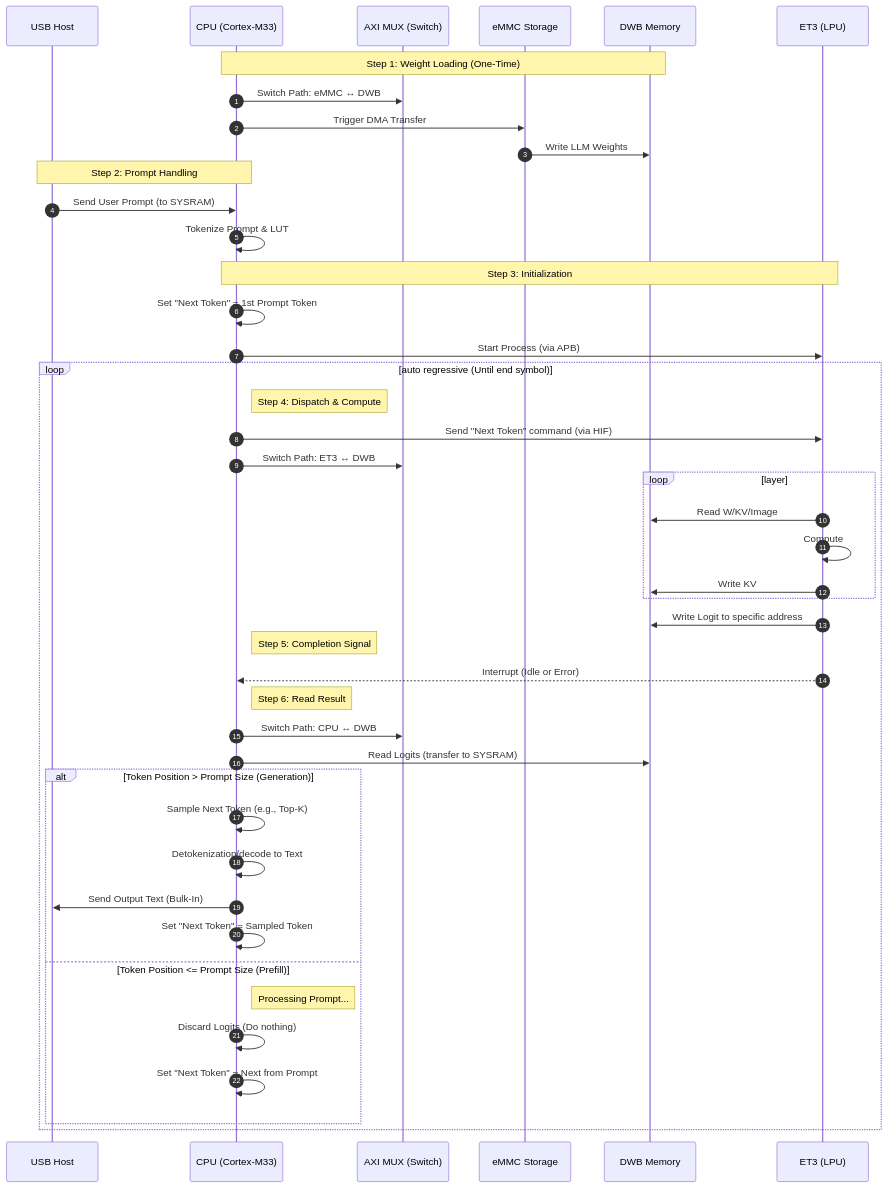
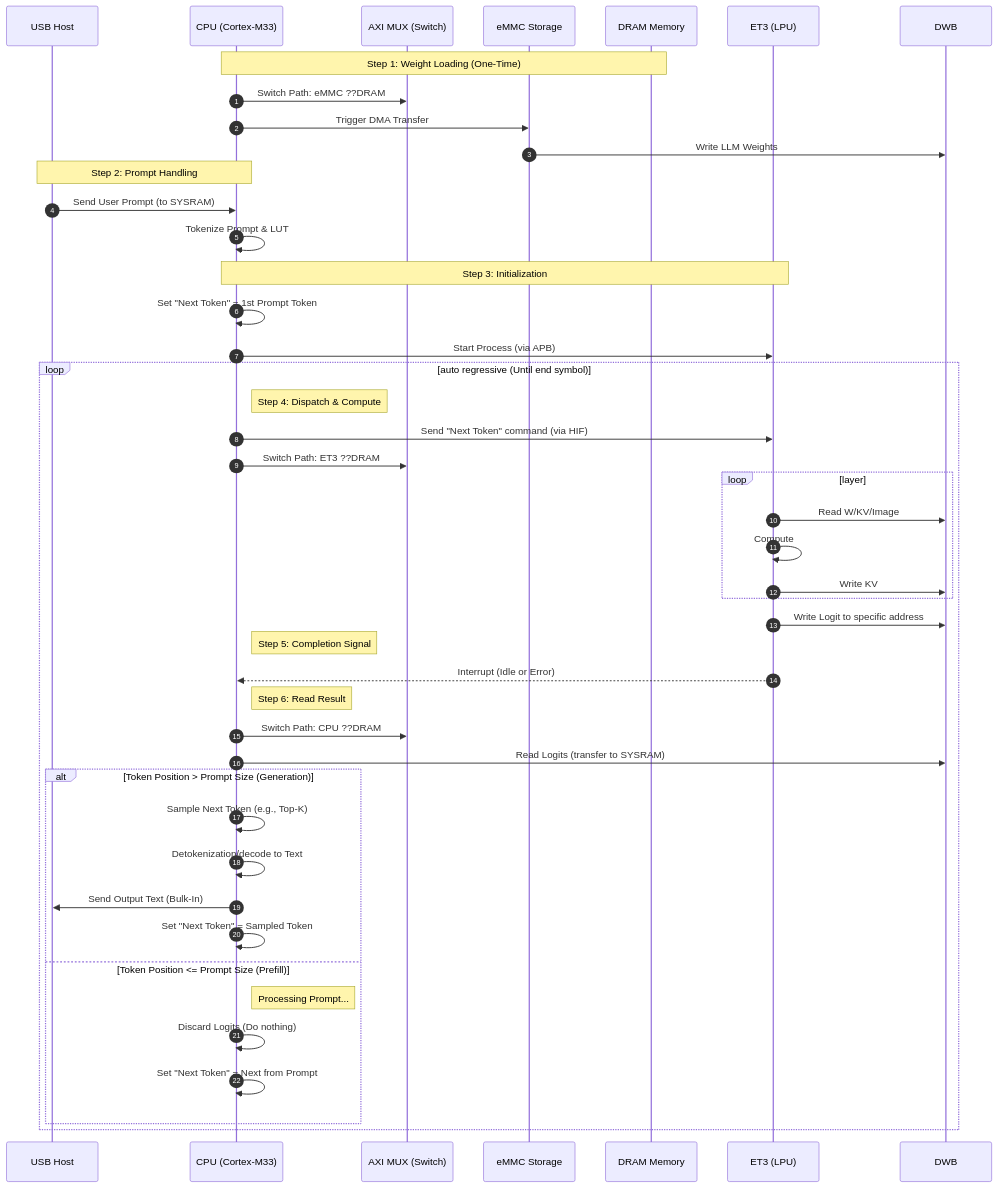
One commit to lcf0929/Test changed the first of 4 diagrams in HUN_0503_Inference.md. Above: the diagram before and after it, drawn with Mermaid. The commit also changed other lines of this file, not shown here.

````diff
--- a/HUN_0503_Inference.md
+++ b/HUN_0503_Inference.md
@@ -3,52 +3,52 @@
 ```mermaid Text-to-Text Single Model
 sequenceDiagram
     autonumber
     participant USB as USB Host
     participant CPU as CPU (Cortex-M33)
     participant MUX as AXI MUX (Switch)
     participant eMMC as eMMC Storage
-    participant DWB as DWB Memory
+    participant DRAM as DRAM Memory
     participant ET3 as ET3 (LPU)
 
-    note over CPU, DWB: Step 1: Weight Loading (One-Time)
-    CPU->>MUX: Switch Path: eMMC ↔ DWB
+    note over CPU, DRAM: Step 1: Weight Loading (One-Time)
+    CPU->>MUX: Switch Path: eMMC ??DRAM
     CPU->>eMMC: Trigger DMA Transfer
     eMMC->>DWB: Write LLM Weights 
     
     note over USB, CPU: Step 2: Prompt Handling
     USB->>CPU: Send User Prompt (to SYSRAM)
     CPU->>CPU: Tokenize Prompt & LUT
     
     note over CPU, ET3: Step 3: Initialization
     CPU->>CPU: Set "Next Token" = 1st Prompt Token
     CPU->>ET3:  Start Process (via APB)
     loop auto regressive (Until end symbol)
         note right of CPU: Step 4: Dispatch & Compute
         CPU->>ET3: Send "Next Token" command (via HIF)
-        CPU->>MUX: Switch Path: ET3 ↔ DWB
+        CPU->>MUX: Switch Path: ET3 ??DRAM
         
         loop layer
             ET3->>DWB: Read W/KV/Image
             ET3->>ET3: Compute
             ET3->>DWB: Write KV
         end
         ET3->>DWB: Write Logit to specific address
         note right of CPU: Step 5: Completion Signal
         ET3-->>CPU: Interrupt (Idle or Error)
         
         note right of CPU: Step 6: Read Result
-        CPU->>MUX: Switch Path: CPU ↔ DWB
+        CPU->>MUX: Switch Path: CPU ??DRAM
         CPU->>DWB: Read Logits (transfer to SYSRAM)
         
         alt Token Position > Prompt Size (Generation)
             CPU->>CPU: Sample Next Token (e.g., Top-K)
             CPU->>CPU: Detokenization/decode to Text
             CPU->>USB: Send Output Text (Bulk-In)
             CPU->>CPU: Set "Next Token" = Sampled Token
         else Token Position <= Prompt Size (Prefill)
             note right of CPU: Processing Prompt...
             CPU->>CPU: Discard Logits (Do nothing)
             CPU->>CPU: Set "Next Token" = Next from Prompt
         end
     end
 ```
````
